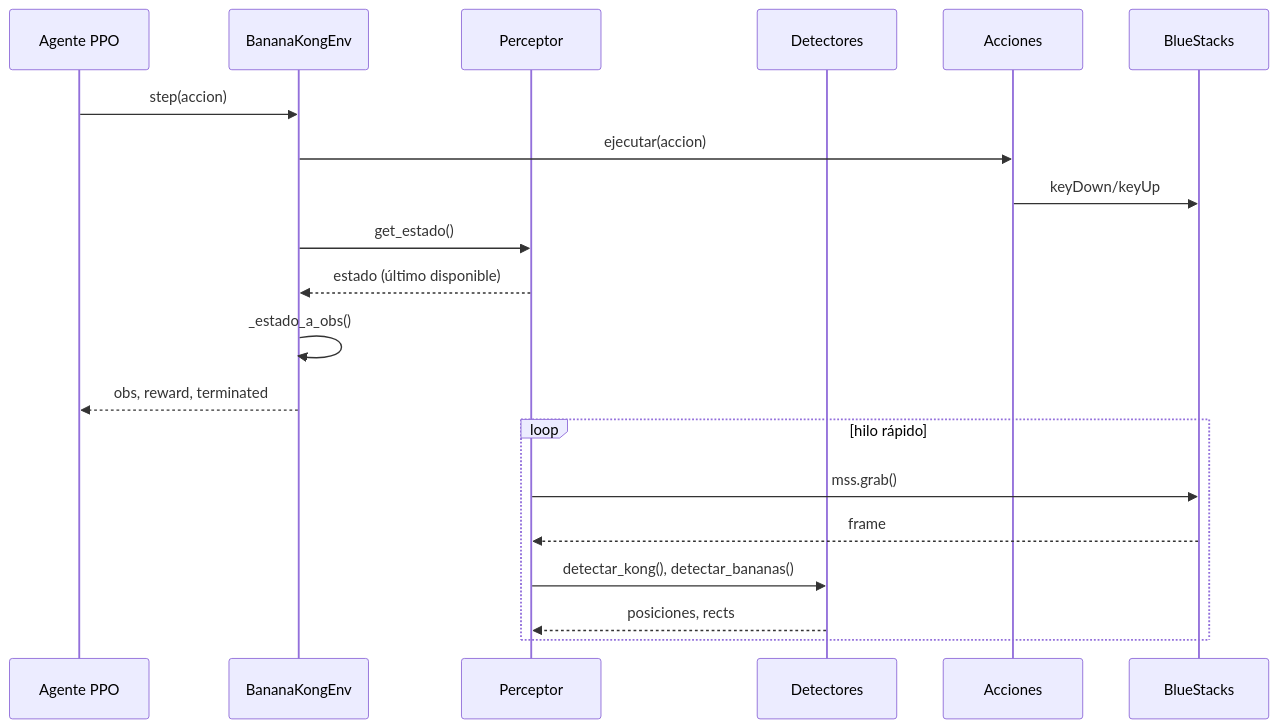
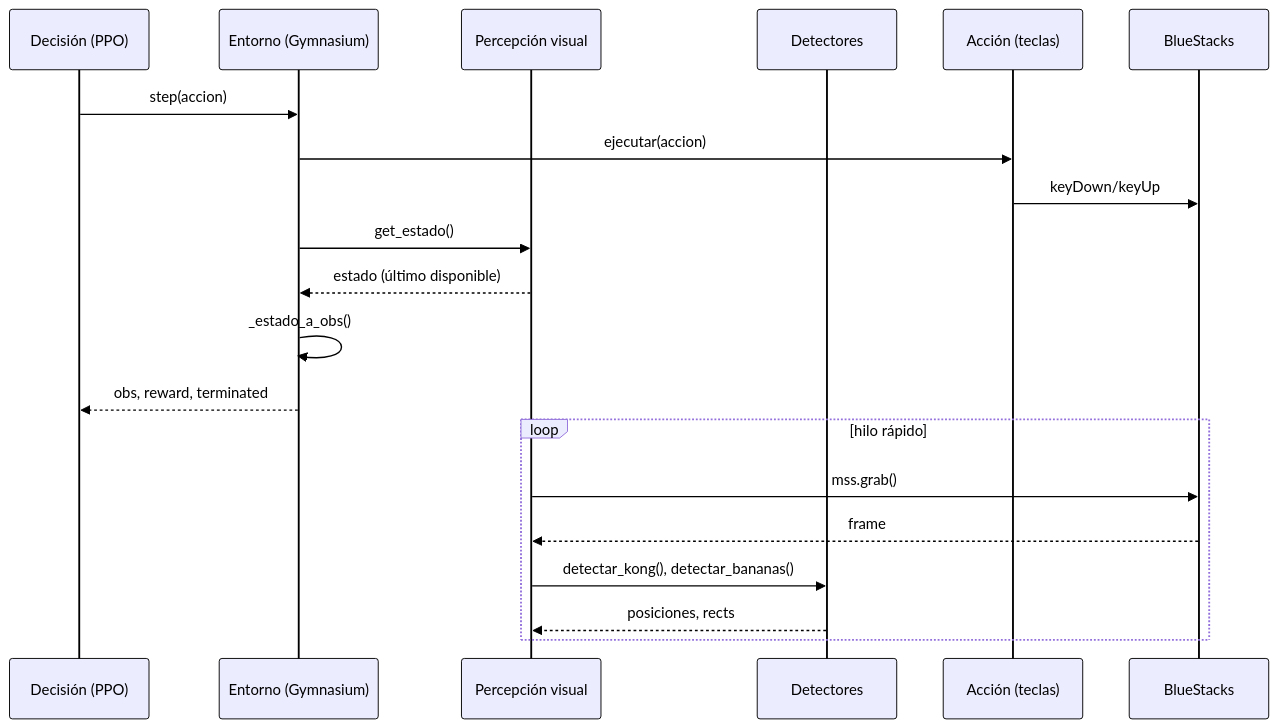
Before and after one commit to openlabun/KongBot: the second of 3 diagrams in Informe.md, drawn with Mermaid. The commit also changed other lines of this file, not shown here.

Commit message:
Update Informe.md: Diagramas mas entendibles

````diff
--- a/Informe.md
+++ b/Informe.md
@@ -349,24 +358,25 @@
 ```mermaid
+%%{init: {'themeVariables': {'actorBorder': '#000', 'actorTextColor': '#000', 'actorLineColor': '#000', 'signalColor': '#000', 'signalTextColor': '#000', 'noteTextColor': '#000', 'noteBorderColor': '#000'}}}%%
 sequenceDiagram
-    participant PPO as Agente PPO
-    participant ENV as BananaKongEnv
-    participant PER as Perceptor
+    participant PPO as Decisión (PPO)
+    participant ENV as Entorno (Gymnasium)
+    participant PER as Percepción visual
     participant DET as Detectores
-    participant ACC as Acciones
+    participant ACC as Acción (teclas)
     participant BS as BlueStacks
 
     PPO->>ENV: step(accion)
     ENV->>ACC: ejecutar(accion)
     ACC->>BS: keyDown/keyUp
     ENV->>PER: get_estado()
     PER-->>ENV: estado (último disponible)
     ENV->>ENV: _estado_a_obs()
     ENV-->>PPO: obs, reward, terminated
     
     loop hilo rápido
         PER->>BS: mss.grab()
         BS-->>PER: frame
         PER->>DET: detectar_kong(), detectar_bananas()
         DET-->>PER: posiciones, rects
     end
 ```
````
